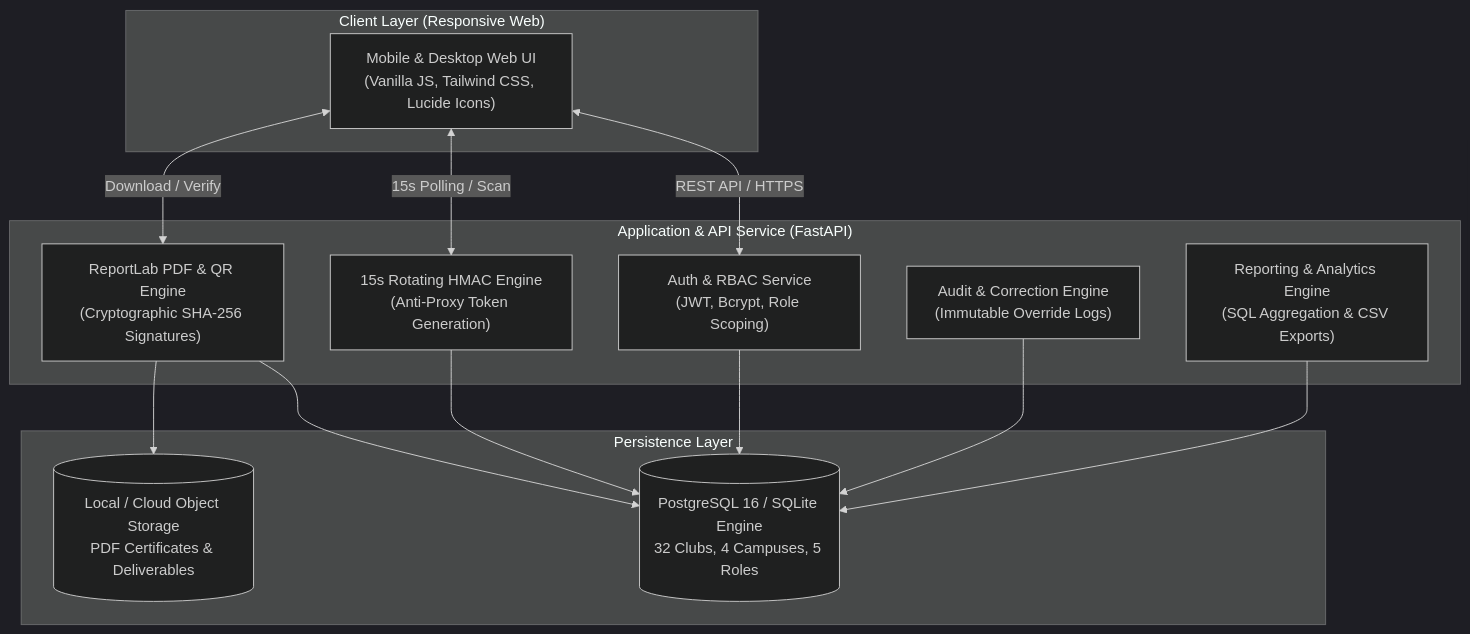
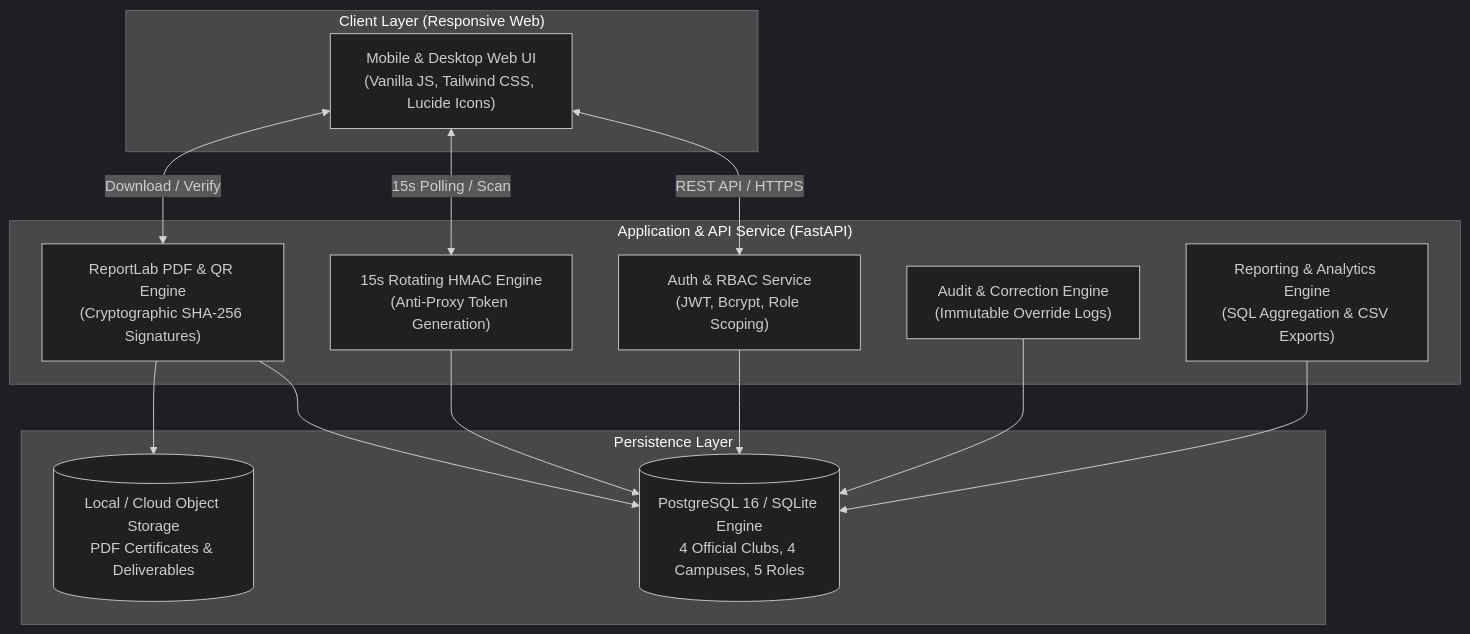
The first of 3 diagrams in DESIGN_DOCUMENT.md (abhishekhiware372-commits/mirai-clubs-frontend), drawn with Mermaid (dark theme) before and after one commit. The commit also changed other lines of this file and 95 other files, not shown here.

````diff
--- a/DESIGN_DOCUMENT.md
+++ b/DESIGN_DOCUMENT.md
@@ -13,29 +13,29 @@
 ```mermaid
 flowchart TD
     subgraph ClientLayer ["Client Layer (Responsive Web)"]
         Browser["Mobile & Desktop Web UI<br>(Vanilla JS, Tailwind CSS, Lucide Icons)"]
     end
 
     subgraph ServiceLayer ["Application & API Service (FastAPI)"]
         AuthSvc["Auth & RBAC Service<br>(JWT, Bcrypt, Role Scoping)"]
         QRSvc["15s Rotating HMAC Engine<br>(Anti-Proxy Token Generation)"]
         CertSvc["ReportLab PDF & QR Engine<br>(Cryptographic SHA-256 Signatures)"]
         AuditSvc["Audit & Correction Engine<br>(Immutable Override Logs)"]
         ReportSvc["Reporting & Analytics Engine<br>(SQL Aggregation & CSV Exports)"]
     end
 
     subgraph PersistenceLayer ["Persistence Layer"]
-        Postgres[("PostgreSQL 16 / SQLite Engine<br>32 Clubs, 4 Campuses, 5 Roles")]
+        Postgres[("PostgreSQL 16 / SQLite Engine<br>4 Official Clubs, 4 Campuses, 5 Roles")]
         Storage[("Local / Cloud Object Storage<br>PDF Certificates & Deliverables")]
     end
 
     Browser <-->|REST API / HTTPS| AuthSvc
     Browser <-->|15s Polling / Scan| QRSvc
     Browser <-->|Download / Verify| CertSvc
     AuthSvc --> Postgres
     QRSvc --> Postgres
     CertSvc --> Postgres
     CertSvc --> Storage
     AuditSvc --> Postgres
     ReportSvc --> Postgres
 ```
````
